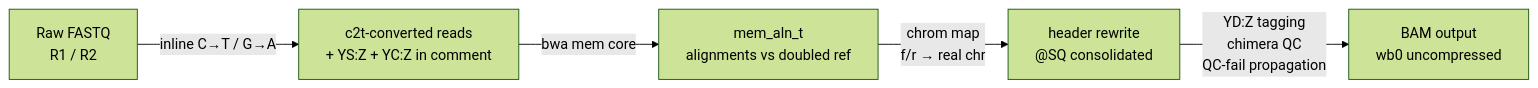
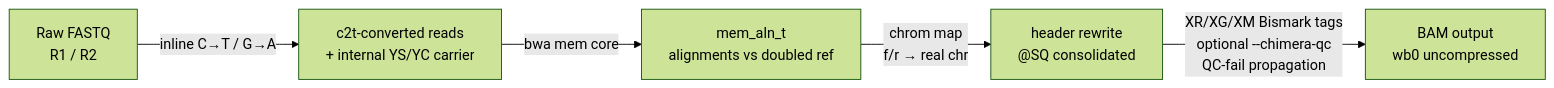
Before and after one commit to fg-labs/bwa-mem3: the diagram in docs/src/methylation/overview.md, drawn with Mermaid (forest theme). The commit also changed other lines of this file and 34 other files, not shown here.

````diff
--- a/docs/src/methylation/overview.md
+++ b/docs/src/methylation/overview.md
@@ -24,7 +27,7 @@
 ```mermaid
 flowchart LR
-    A[Raw FASTQ\nR1 / R2] -->|inline C→T / G→A| B[c2t-converted reads\n+ YS:Z + YC:Z in comment]
+    A[Raw FASTQ\nR1 / R2] -->|inline C→T / G→A| B[c2t-converted reads\n+ internal YS/YC carrier]
     B -->|bwa mem core| C[mem_aln_t\nalignments vs doubled ref]
     C -->|chrom map\nf/r → real chr| D[header rewrite\n@SQ consolidated]
-    D -->|YD:Z tagging\nchimera QC\nQC-fail propagation| E[BAM output\nwb0 uncompressed]
+    D -->|XR/XG/XM Bismark tags\noptional --chimera-qc\nQC-fail propagation| E[BAM output\nwb0 uncompressed]
 ```
````
